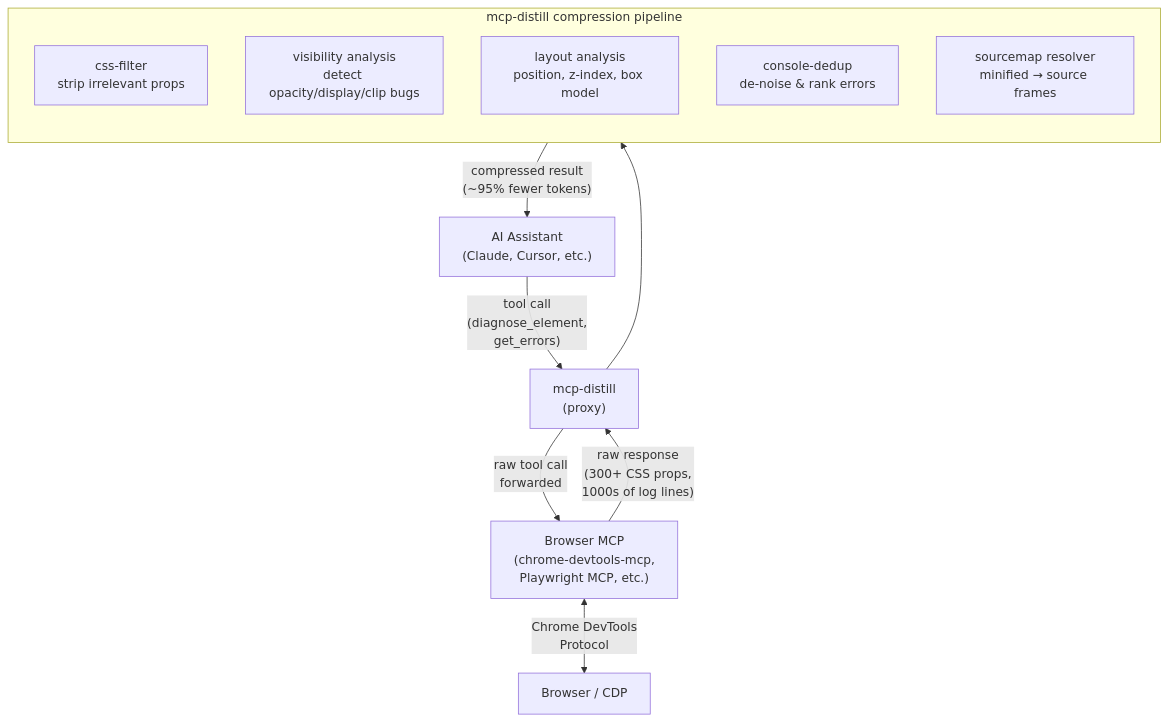
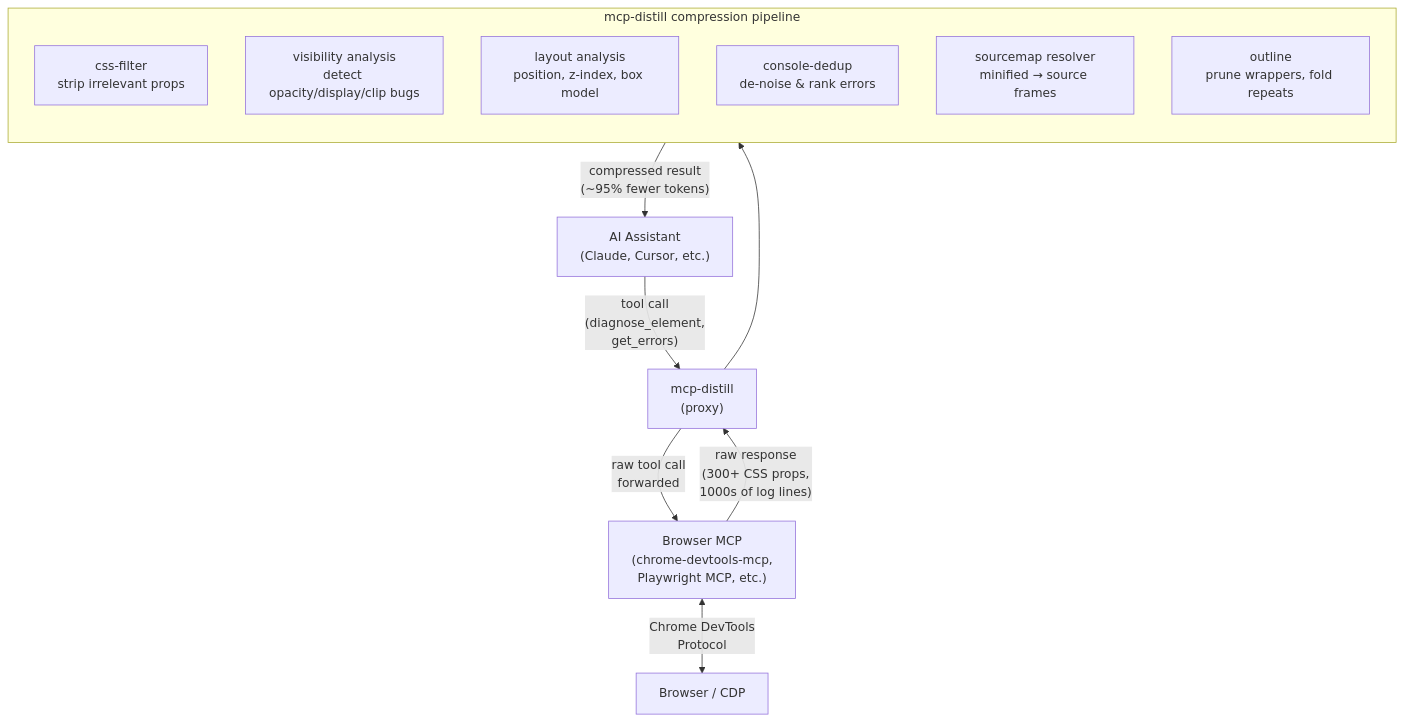
One commit to AdityaKrSingh26/mcp-distill changed the diagram in README.md. Above: the diagram before and after it, drawn with Mermaid. The commit also changed other lines of this file and 8 other files, not shown here.

````diff
--- a/README.md
+++ b/README.md
@@ -11,24 +11,25 @@
 ```mermaid
 flowchart TD
     AI["AI Assistant\n(Claude, Cursor, etc.)"]
     LENS["mcp-distill\n(proxy)"]
     BACKEND["Browser MCP\n(chrome-devtools-mcp,\nPlaywright MCP, etc.)"]
     BROWSER["Browser / CDP"]
 
     AI -->|"tool call\n(diagnose_element,\nget_errors)"| LENS
     LENS -->|"raw tool call\nforwarded"| BACKEND
     BACKEND -->|"raw response\n(300+ CSS props,\n1000s of log lines)"| LENS
     BACKEND <-->|"Chrome DevTools\nProtocol"| BROWSER
 
     subgraph compression ["mcp-distill compression pipeline"]
         direction TB
         CF["css-filter\nstrip irrelevant props"]
         VIS["visibility analysis\ndetect opacity/display/clip bugs"]
         LAY["layout analysis\nposition, z-index, box model"]
         DEDUP["console-dedup\nde-noise & rank errors"]
         SM["sourcemap resolver\nminified → source frames"]
+        OUT["outline\nprune wrappers, fold repeats"]
     end
 
     LENS --> compression
     compression -->|"compressed result\n(~95% fewer tokens)"| AI
 ```
````
